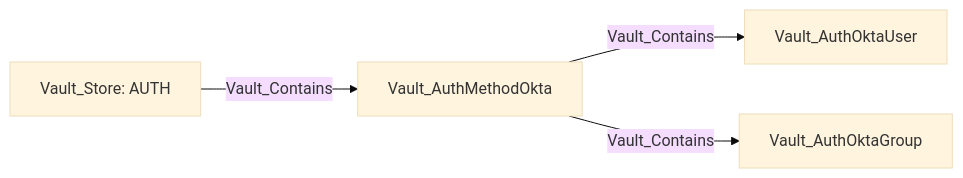
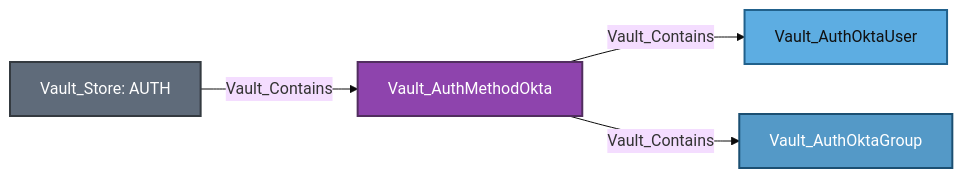
Before and after one commit to bytewreck/opengraph-vault: diagram 18 of 28 in Documentation/stores/AUTH.md, drawn with Mermaid (base theme). The commit also changed other lines of this file and 4 other files, not shown here.

````diff
--- a/Documentation/stores/AUTH.md
+++ b/Documentation/stores/AUTH.md
@@ -1078,6 +1082,11 @@
 ```mermaid
 flowchart LR
-    store[Vault_Store: AUTH] -->|Vault_Contains| method[Vault_AuthMethodOkta]
-    method -->|Vault_Contains| user[Vault_AuthOktaUser]
-    method -->|Vault_Contains| group[Vault_AuthOktaGroup]
+    store[Vault_Store: AUTH]:::storeNode -->|Vault_Contains| method[Vault_AuthMethodOkta]:::authMethodNode
+    method -->|Vault_Contains| user[Vault_AuthOktaUser]:::authUserNode
+    method -->|Vault_Contains| group[Vault_AuthOktaGroup]:::authGroupNode
+
+    classDef storeNode fill:#5F6B7A,color:#fff,stroke:#343A40,stroke-width:2px
+    classDef authMethodNode fill:#8E44AD,color:#fff,stroke:#512E5F,stroke-width:2px
+    classDef authUserNode fill:#5DADE2,color:#111,stroke:#21618C,stroke-width:2px
+    classDef authGroupNode fill:#5499C7,color:#fff,stroke:#1B4F72,stroke-width:2px
 ```
````
